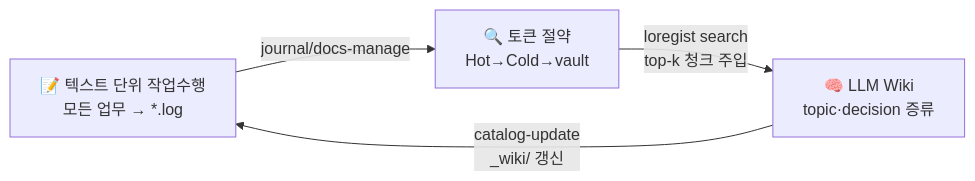
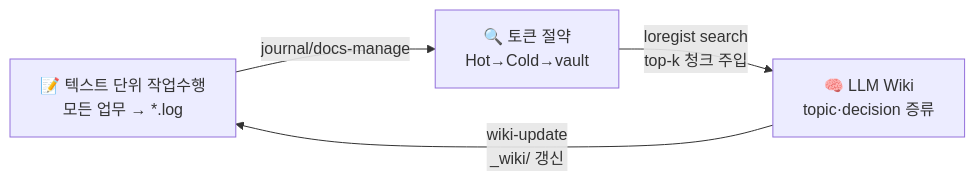
The first of 6 diagrams in ARCHITECTURE.md (mzd-nrkim/loregist), drawn with Mermaid before and after one commit. The commit also changed other lines of this file and 3 other files, not shown here.

Commit message:
docs: catalog-update → wiki-update 전수 교체 (handbook + _wiki)

````diff
--- a/ARCHITECTURE.md
+++ b/ARCHITECTURE.md
@@ -24,6 +24,6 @@
 ```mermaid
 graph LR
     A["📝 텍스트 단위 작업수행<br/>모든 업무 → *.log"] -->|"journal/docs-manage"| B["🔍 토큰 절약<br/>Hot→Cold→vault"]
     B -->|"loregist search<br/>top-k 청크 주입"| C["🧠 LLM Wiki<br/>topic·decision 증류"]
-    C -->|"catalog-update<br/>_wiki/ 갱신"| A
+    C -->|"wiki-update<br/>_wiki/ 갱신"| A
 ```
````
